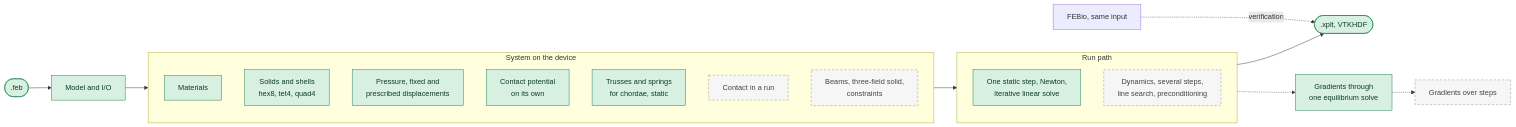
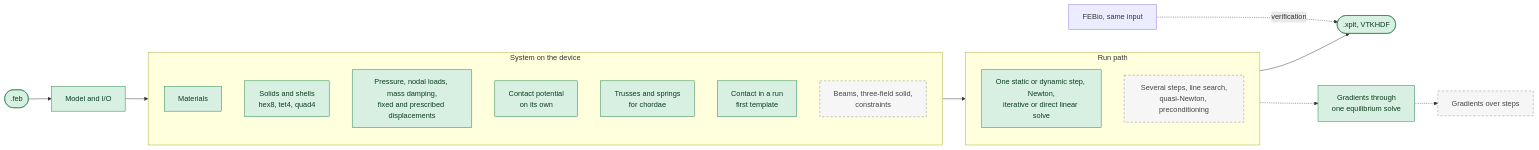
One commit to JolleyLab/FEBio-Warp-Python changed the diagram in README.md. Above: the diagram before and after it, drawn with Mermaid. The commit also changed other lines of this file and 1 other file, not shown here.

````diff
--- a/README.md
+++ b/README.md
@@ -48,27 +48,27 @@
 ```mermaid
 flowchart LR
     feb([".feb"]):::done --> model["Model and I/O"]:::done
     model --> system
     subgraph system["System on the device"]
         direction TB
         mat["Materials"]:::done
         elem["Solids and shells<br/>hex8, tet4, quad4"]:::done
-        loads["Pressure, fixed and<br/>prescribed displacements"]:::done
+        loads["Pressure, nodal loads, mass damping,<br/>fixed and prescribed displacements"]:::done
         pot["Contact potential<br/>on its own"]:::done
-        chord["Trusses and springs<br/>for chordae, static"]:::done
-        inrun["Contact in a run"]:::todo
+        chord["Trusses and springs<br/>for chordae"]:::done
+        inrun["Contact in a run<br/>first template"]:::done
         beams["Beams, three-field solid,<br/>constraints"]:::todo
     end
     system --> run
     subgraph run["Run path"]
         direction TB
-        static["One static step, Newton,<br/>iterative linear solve"]:::done
-        dyn["Dynamics, several steps,<br/>line search, preconditioning"]:::todo
+        static["One static or dynamic step, Newton,<br/>iterative or direct linear solve"]:::done
+        dyn["Several steps, line search,<br/>quasi-Newton, preconditioning"]:::todo
     end
     run --> results([".xplt, VTKHDF"]):::done
     run -.-> grad["Gradients through<br/>one equilibrium solve"]:::done
     grad -.-> traj["Gradients over steps"]:::todo
     febio["FEBio, same input"] -.->|verification| results
     classDef done fill:#d8f0e1,stroke:#1a7f47,color:#0b3d20
     classDef todo fill:#f6f6f6,stroke:#8a8a8a,color:#444444,stroke-dasharray:5 4
 ```
````
